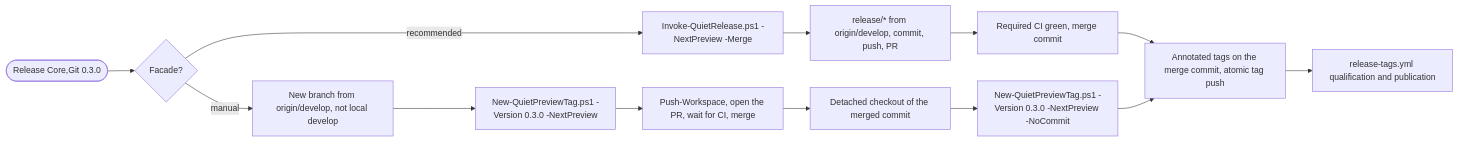
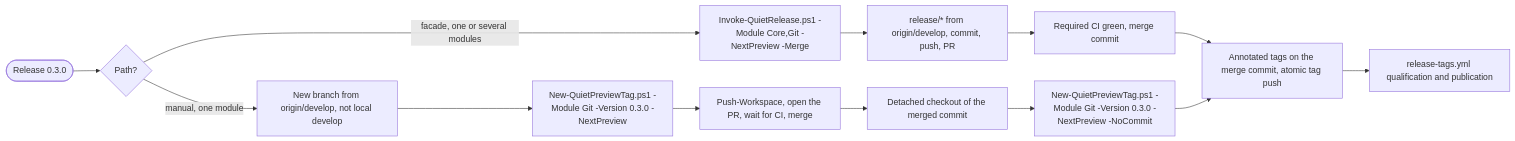
One commit to FrenchExDev2/QuietCli.PoSh changed the diagram in docs/README-preview-releases.md. Above: the diagram before and after it, drawn with Mermaid. The commit also changed other lines of this file and 5 other files, not shown here.

First line of the commit message:
Restrict New-QuietPreviewTag to exactly one module

````diff
--- a/docs/README-preview-releases.md
+++ b/docs/README-preview-releases.md
@@ -49,15 +49,15 @@
 ```mermaid
 flowchart LR
-    START([Release Core,Git 0.3.0]) --> FACADE{Facade?}
-    FACADE -- recommended --> F1[Invoke-QuietRelease.ps1 -NextPreview -Merge]
+    START([Release 0.3.0]) --> FACADE{Path?}
+    FACADE -- facade, one or several modules --> F1[Invoke-QuietRelease.ps1 -Module Core,Git -NextPreview -Merge]
     F1 --> F2[release/* from origin/develop, commit, push, PR]
     F2 --> F3[Required CI green, merge commit]
     F3 --> TAGS[Annotated tags on the merge commit, atomic tag push]
-    FACADE -- manual --> M1[New branch from origin/develop, not local develop]
-    M1 --> M2[New-QuietPreviewTag.ps1 -Version 0.3.0 -NextPreview]
+    FACADE -- manual, one module --> M1[New branch from origin/develop, not local develop]
+    M1 --> M2[New-QuietPreviewTag.ps1 -Module Git -Version 0.3.0 -NextPreview]
     M2 --> M3[Push-Workspace, open the PR, wait for CI, merge]
     M3 --> M4[Detached checkout of the merged commit]
-    M4 --> M5[New-QuietPreviewTag.ps1 -Version 0.3.0 -NextPreview -NoCommit]
+    M4 --> M5[New-QuietPreviewTag.ps1 -Module Git -Version 0.3.0 -NextPreview -NoCommit]
     M5 --> TAGS
     TAGS --> WF[release-tags.yml qualification and publication]
 ```
````
